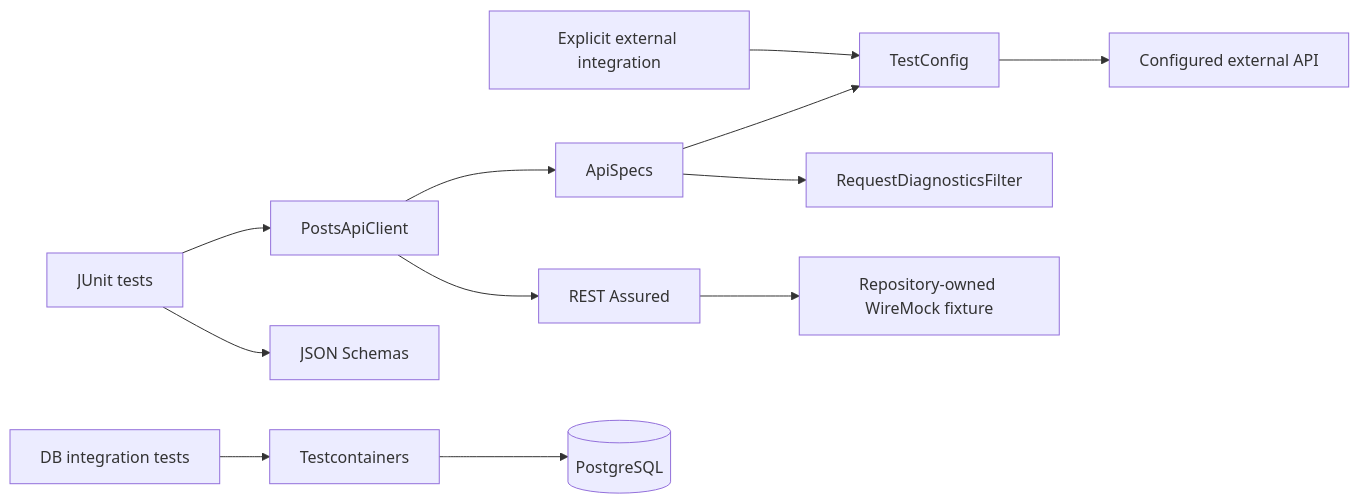
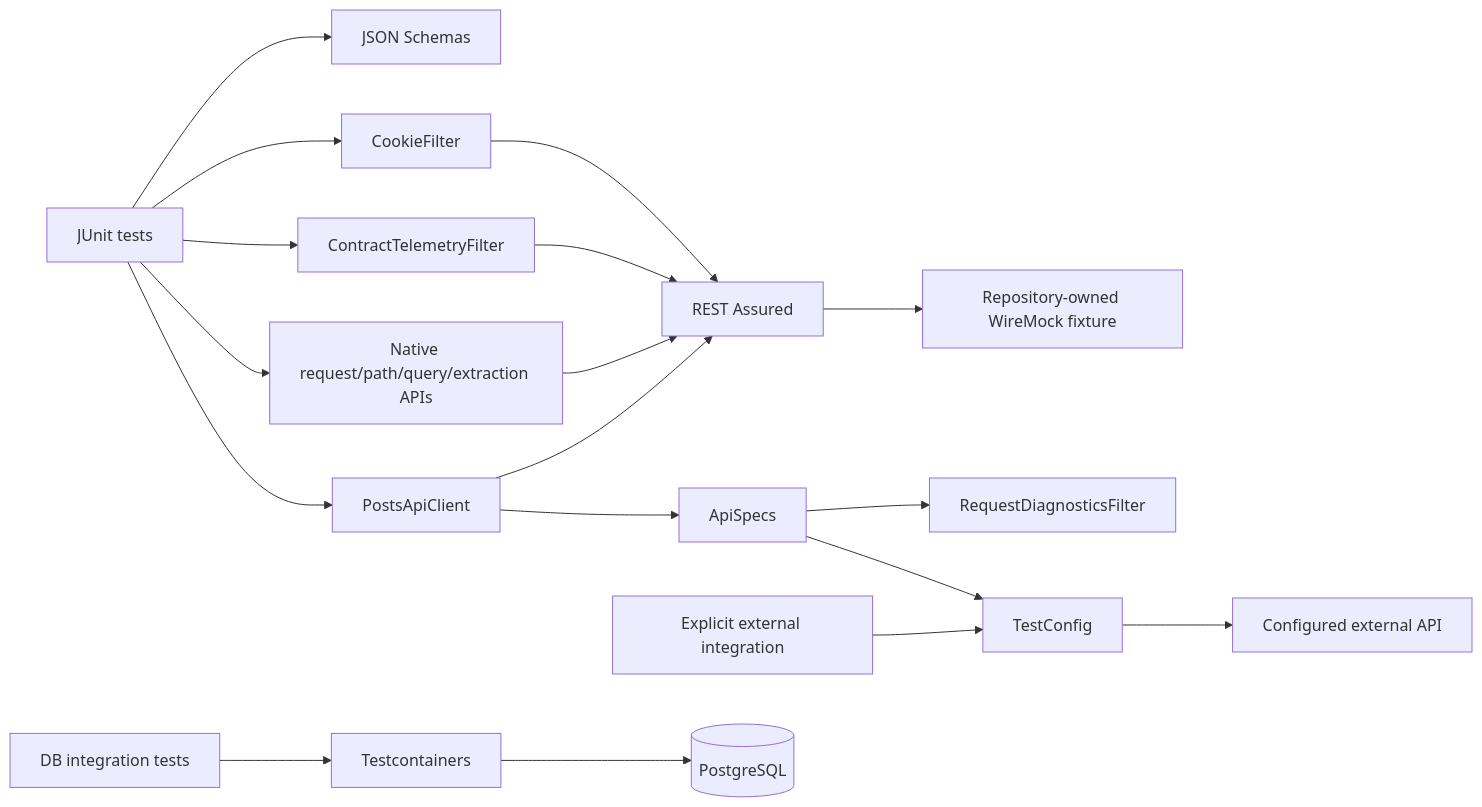
The diagram in docs/ARCHITECTURE.md (portyu9/qa-automation-java-restassured), drawn with Mermaid before and after one commit. The commit also changed other lines of this file, not shown here.

Commit message:
document REST Assured protocol state and bounded telemetry

````diff
--- a/docs/ARCHITECTURE.md
+++ b/docs/ARCHITECTURE.md
@@ -7,14 +7,20 @@
 ```mermaid
 flowchart LR
     T[JUnit tests] --> C[PostsApiClient]
+    T --> NATIVE[Native request/path/query/extraction APIs]
     C --> SPEC[ApiSpecs]
     SPEC --> CFG[TestConfig]
     SPEC --> F[RequestDiagnosticsFilter]
+    T --> TEL[ContractTelemetryFilter]
+    T --> COOKIE[CookieFilter]
     C --> RA[REST Assured]
+    NATIVE --> RA
+    TEL --> RA
+    COOKIE --> RA
     RA --> WM[Repository-owned WireMock fixture]
     EXT[Explicit external integration] --> CFG
     CFG --> API[Configured external API]
     T --> S[JSON Schemas]
     DB[DB integration tests] --> TC[Testcontainers]
     TC --> PG[(PostgreSQL)]
 ```
````
